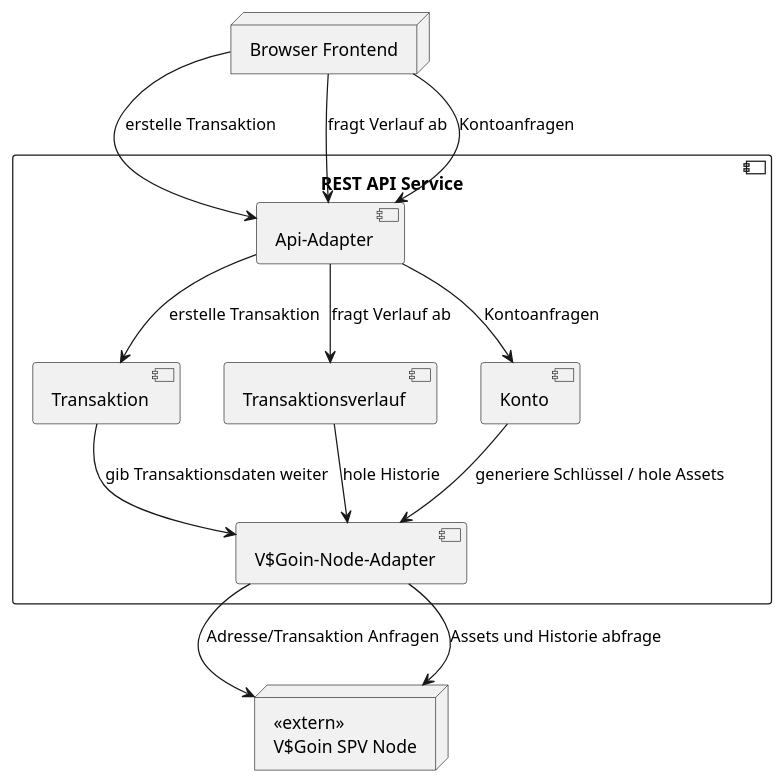
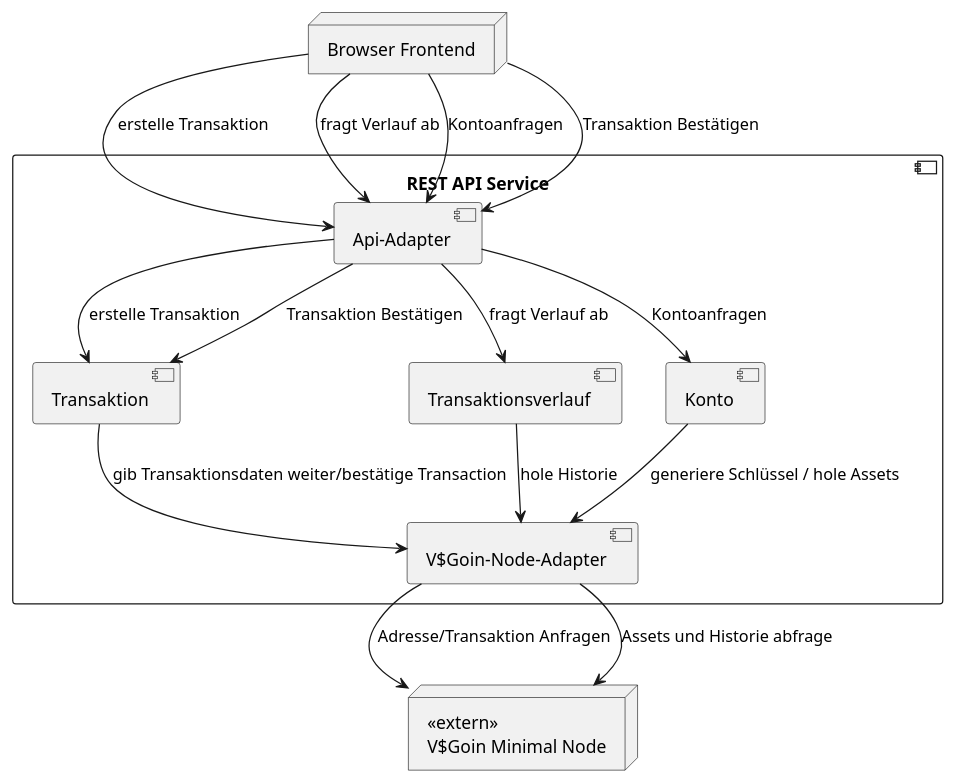
One commit to bjoern621/VSP-Blockchain changed the second of 6 diagrams in docs/arc42/arc42-Api/API.md. Above: the diagram before and after it, drawn with PlantUML. The commit also changed other lines of this file and 25 other files, not shown here.

`````diff
--- a/docs/arc42/arc42-Api/API.md
+++ b/docs/arc42/arc42-Api/API.md
@@ -195,52 +194,54 @@
     ````plantuml
     @startuml
     node "Browser Frontend" as browser
 
     ' =====================
     '   System Boundary
     ' =====================
     component "REST API Service" as api {
     
         component "Api-Adapter" as api_adapter
         component "Transaktion" as transaction
         component "Transaktionsverlauf" as verlauf
         component "Konto" as konto
         component "V$Goin-Node-Adapter" as adapter
     }
     
     ' =====================
     '   External Library
     ' =====================
-    node "<<extern>>\nV$Goin SPV Node" as lib 
+    node "<<extern>>\nV$Goin Minimal Node" as lib 
     
     
     
     ' ---------------------------------------------
     ' Browser → System
     ' ---------------------------------------------
     browser --> api_adapter: erstelle Transaktion
     browser --> api_adapter: fragt Verlauf ab
     browser --> api_adapter: Kontoanfragen
+    browser --> api_adapter: Transaktion Bestätigen
     
 
     ' ---------------------------------------------
     ' Api Adapter → System
     ' ---------------------------------------------
     api_adapter --> transaction : erstelle Transaktion
     api_adapter --> verlauf : fragt Verlauf ab
     api_adapter --> konto : Kontoanfragen
+    api_adapter --> transaction : Transaktion Bestätigen
 
     ' ---------------------------------------------
     ' System intern
     ' ---------------------------------------------
-    transaction --> adapter : gib Transaktionsdaten weiter
+    transaction --> adapter : gib Transaktionsdaten weiter/bestätige Transaction
     verlauf     --> adapter : hole Historie
     konto     --> adapter : generiere Schlüssel / hole Assets
     
     ' ---------------------------------------------
     ' Adapter → Library
     ' ---------------------------------------------
     adapter --> lib : Adresse/Transaktion Anfragen
     adapter --> lib  : Assets und Historie abfrage
     @enduml
     ````
`````
